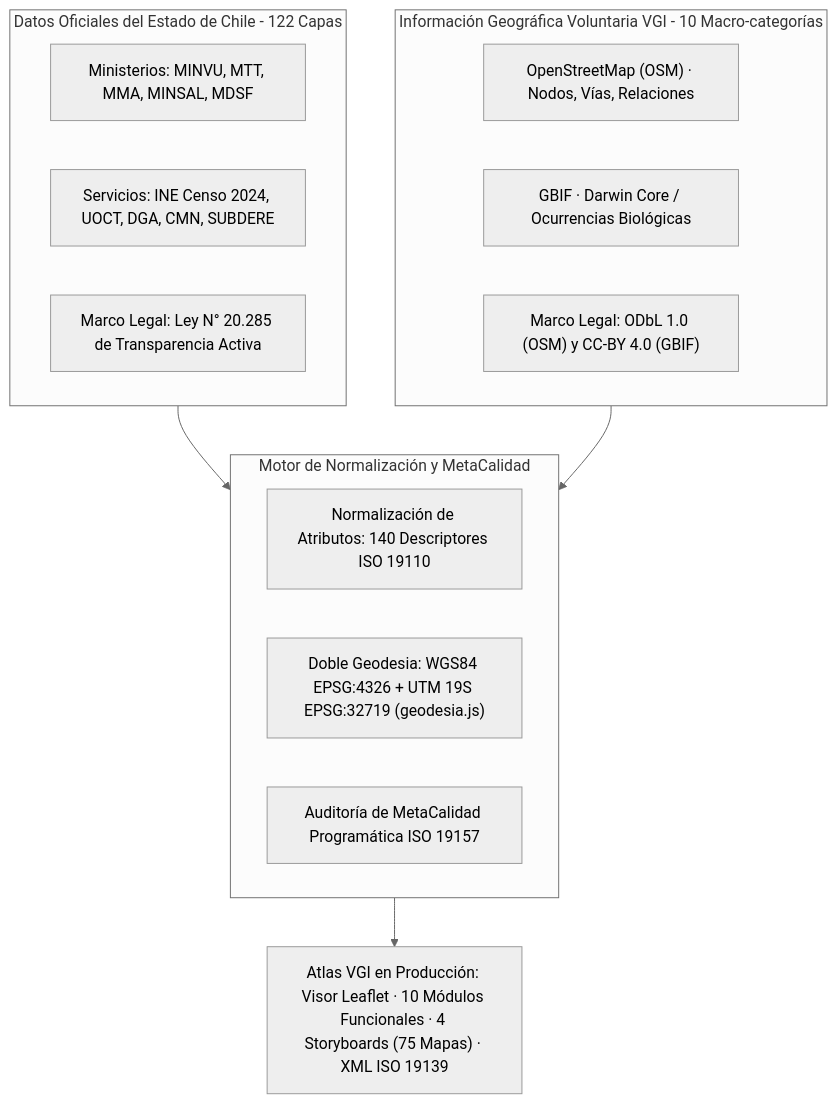
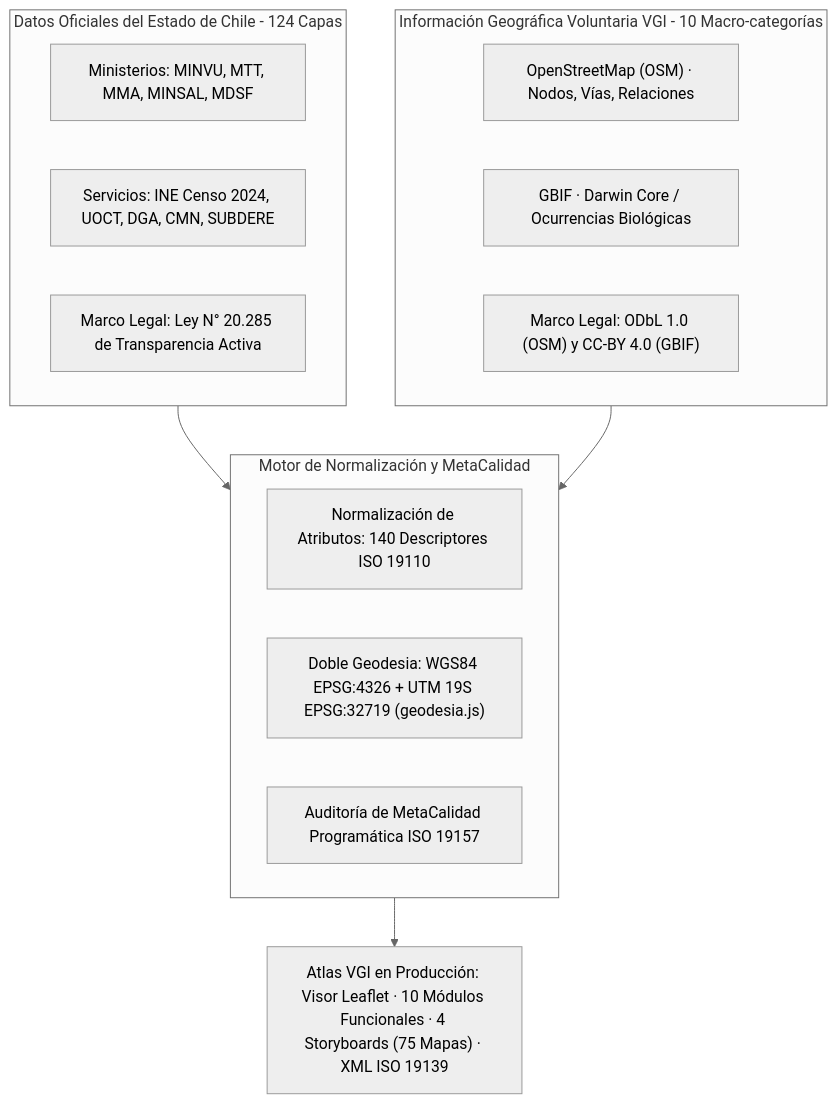
One commit to GEOJOTA/atlas_vgi_territorial changed the fourth of 5 diagrams in src/docs/ANALISIS_METACALIDAD.md. Above: the diagram before and after it, drawn with Mermaid (neutral theme). The commit also changed other lines of this file and 19 other files, not shown here.

````diff
--- a/src/docs/ANALISIS_METACALIDAD.md
+++ b/src/docs/ANALISIS_METACALIDAD.md
@@ -170,21 +170,21 @@
 ```mermaid
 flowchart TB
-    subgraph FuentesOficiales ["Datos Oficiales del Estado de Chile - 122 Capas"]
+    subgraph FuentesOficiales ["Datos Oficiales del Estado de Chile - 124 Capas"]
         O1["Ministerios: MINVU, MTT, MMA, MINSAL, MDSF"]
         O2["Servicios: INE Censo 2024, UOCT, DGA, CMN, SUBDERE"]
         O3["Marco Legal: Ley N° 20.285 de Transparencia Activa"]
     end
     subgraph FuentesComunitarias ["Información Geográfica Voluntaria VGI - 10 Macro-categorías"]
         V1["OpenStreetMap (OSM) · Nodos, Vías, Relaciones"]
         V2["GBIF · Darwin Core / Ocurrencias Biológicas"]
         V3["Marco Legal: ODbL 1.0 (OSM) y CC-BY 4.0 (GBIF)"]
     end
     subgraph MotorNormalizacion ["Motor de Normalización y MetaCalidad"]
         N1["Normalización de Atributos: 140 Descriptores ISO 19110"]
         N2["Doble Geodesia: WGS84 EPSG:4326 + UTM 19S EPSG:32719 (geodesia.js)"]
         N3["Auditoría de MetaCalidad Programática ISO 19157"]
     end
     FuentesOficiales --> MotorNormalizacion
     FuentesComunitarias --> MotorNormalizacion
     MotorNormalizacion --> P["Atlas VGI en Producción: Visor Leaflet · 10 Módulos Funcionales · 4 Storyboards (75 Mapas) · XML ISO 19139"]
 ```
````
